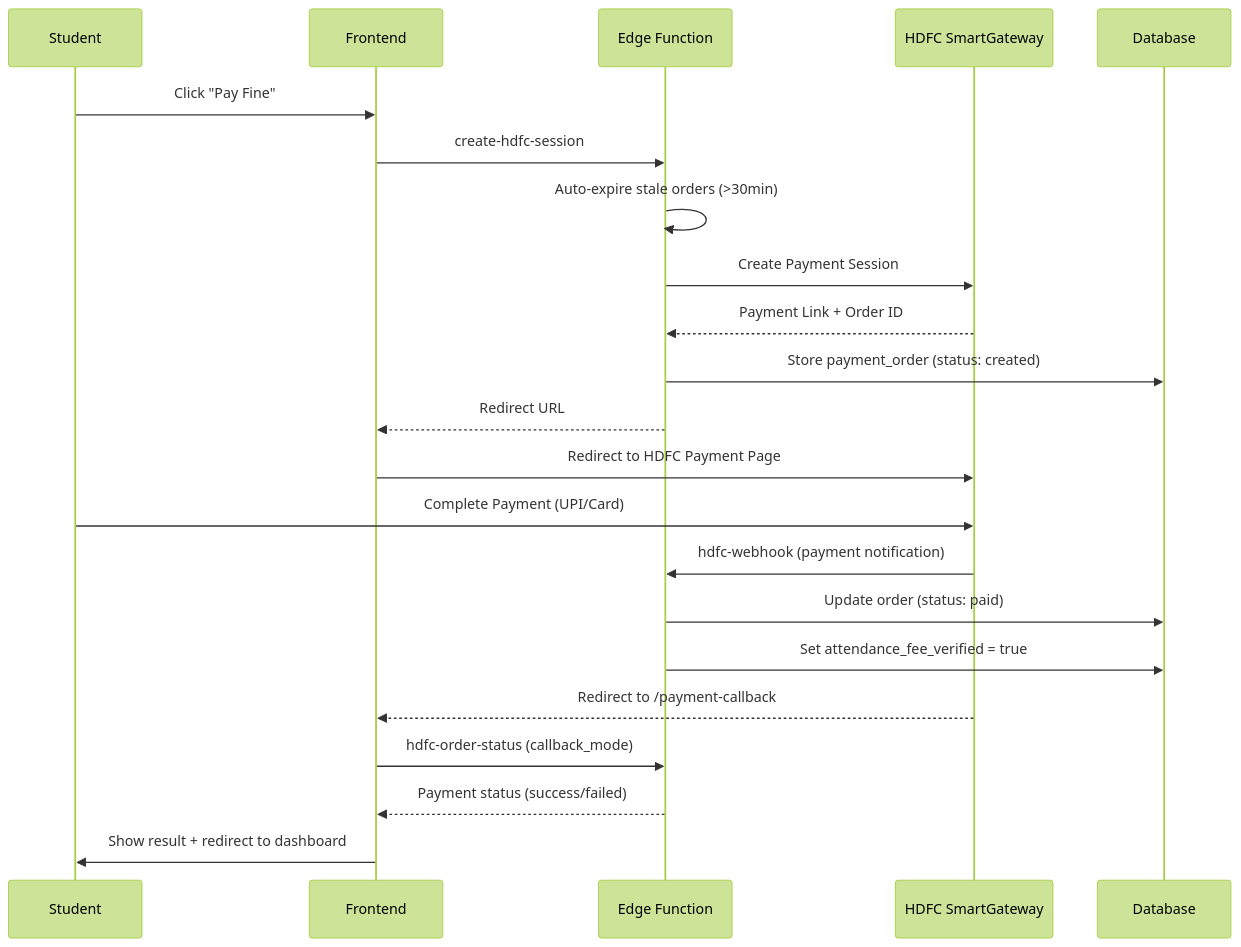
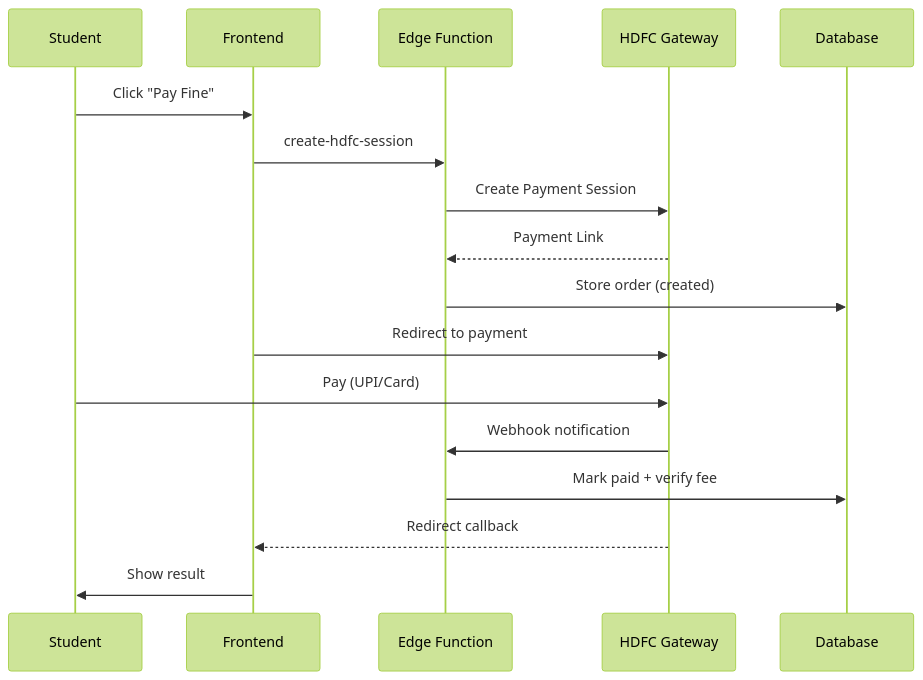
Before and after one commit to visheshdevanur/NOC-Portal: the second of 2 diagrams in README.md, drawn with Mermaid (forest theme). The commit also changed other lines of this file and 2 other files, not shown here.

Commit message:
fix: reset fine when attendance drops below all categories + dedup HOD categories

````diff
--- a/README.md
+++ b/README.md
@@ -250,25 +181,19 @@
 ```mermaid
 sequenceDiagram
     participant S as Student
     participant F as Frontend
     participant E as Edge Function
-    participant H as HDFC SmartGateway
+    participant H as HDFC Gateway
     participant DB as Database
-
     S->>F: Click "Pay Fine"
     F->>E: create-hdfc-session
-    E->>E: Auto-expire stale orders (>30min)
     E->>H: Create Payment Session
-    H-->>E: Payment Link + Order ID
-    E->>DB: Store payment_order (status: created)
-    E-->>F: Redirect URL
-    F->>H: Redirect to HDFC Payment Page
-    S->>H: Complete Payment (UPI/Card)
-    H->>E: hdfc-webhook (payment notification)
-    E->>DB: Update order (status: paid)
-    E->>DB: Set attendance_fee_verified = true
-    H-->>F: Redirect to /payment-callback
-    F->>E: hdfc-order-status (callback_mode)
-    E-->>F: Payment status (success/failed)
-    F->>S: Show result + redirect to dashboard
+    H-->>E: Payment Link
+    E->>DB: Store order (created)
+    F->>H: Redirect to payment
+    S->>H: Pay (UPI/Card)
+    H->>E: Webhook notification
+    E->>DB: Mark paid + verify fee
+    H-->>F: Redirect callback
+    F->>S: Show result
 ```
````
